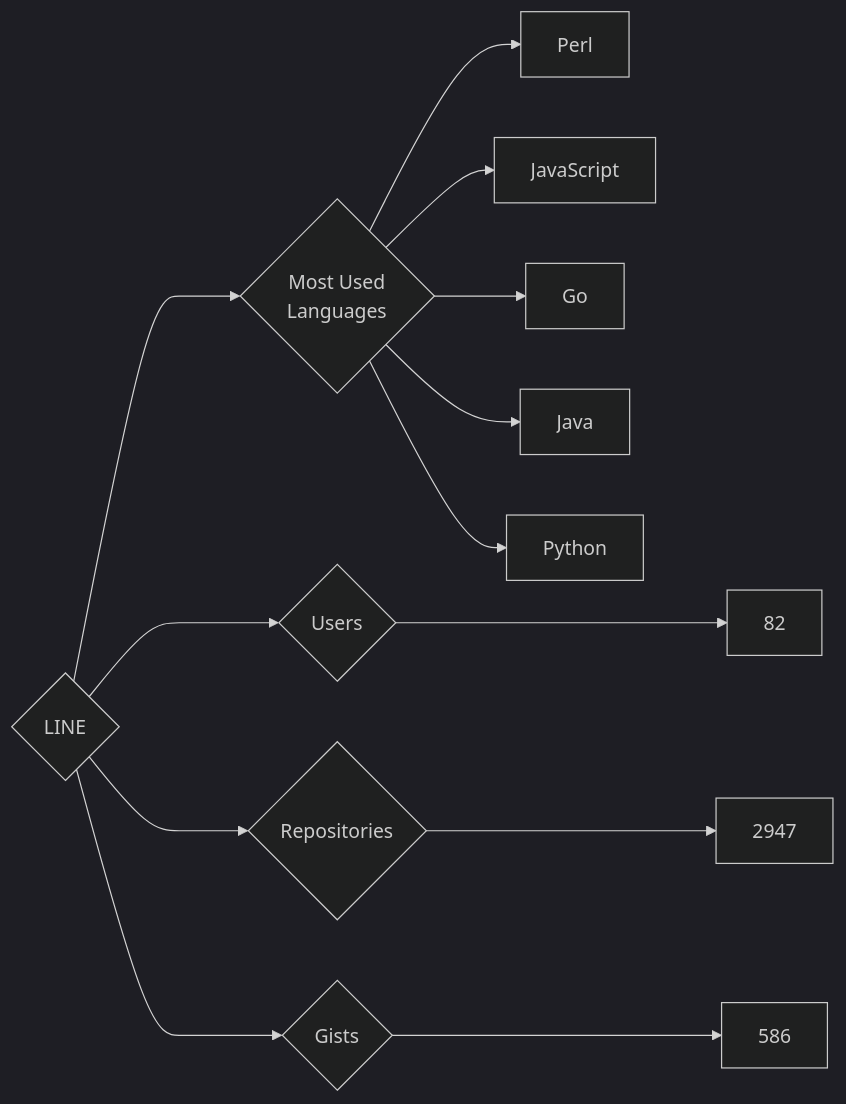
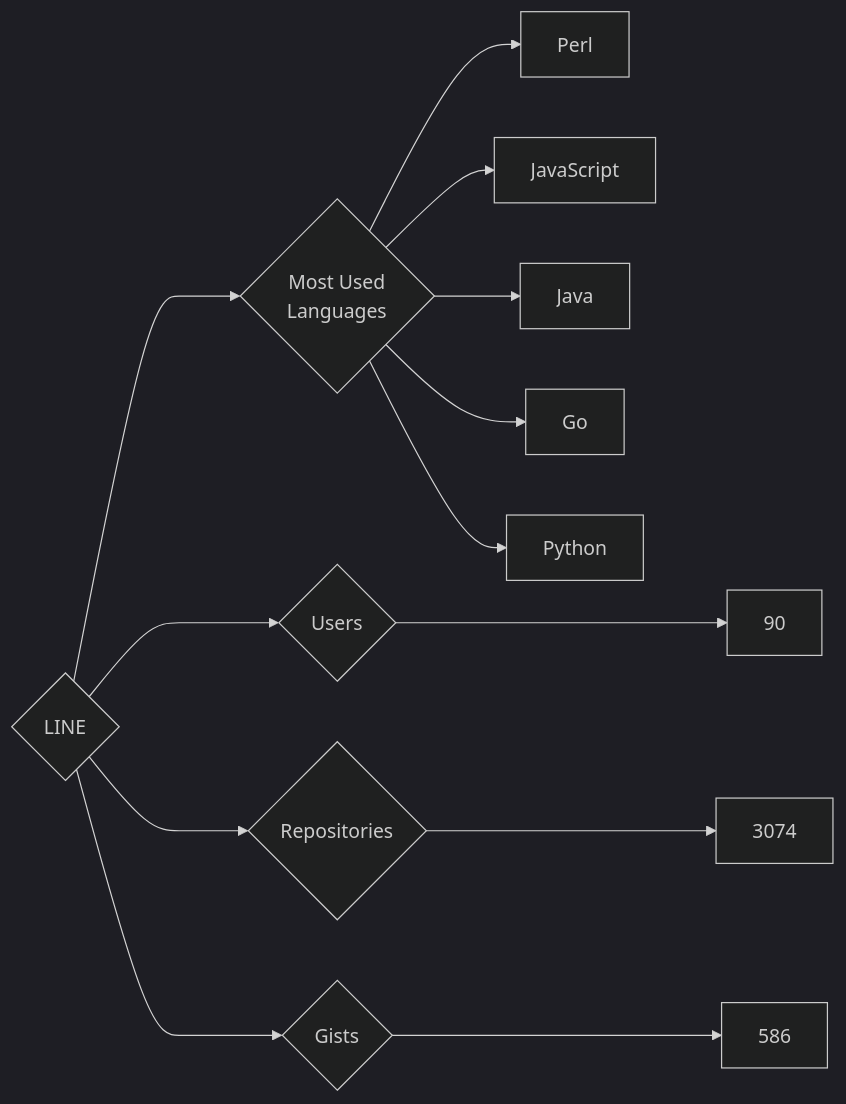
Before and after one commit to trickest/insiders: the diagram in targets/LINE/README.md, drawn with Mermaid (dark theme). The commit also changed 951 other files, not shown here.

````diff
--- a/targets/LINE/README.md
+++ b/targets/LINE/README.md
@@ -3,13 +3,13 @@
 ```mermaid
 graph LR
 COMPANY_NAME{LINE}
-COMPANY_NAME ---> U{Users} ---> UN[82]
-COMPANY_NAME ---> R{Repositories} ---> RN[2947]
+COMPANY_NAME ---> U{Users} ---> UN[90]
+COMPANY_NAME ---> R{Repositories} ---> RN[3074]
 COMPANY_NAME ---> G{Gists} ---> GN[586]
 COMPANY_NAME ---> ML{Most Used<br>Languages}
-ML --> Perl
-ML --> JavaScript
-ML --> Go
-ML --> Java
-ML --> Python
+ML --> Perl[Perl]
+ML --> JavaScript[JavaScript]
+ML --> Java[Java]
+ML --> Go[Go]
+ML --> Python[Python]
 ```
````
